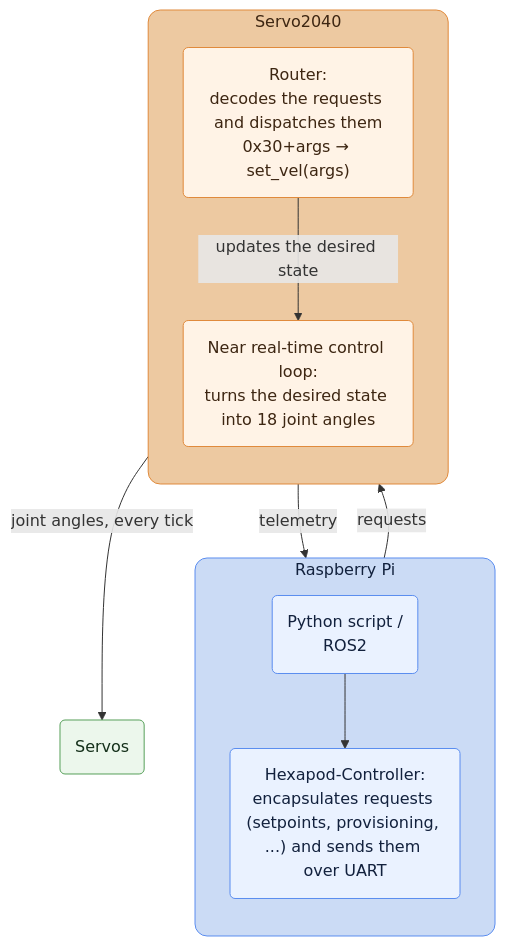
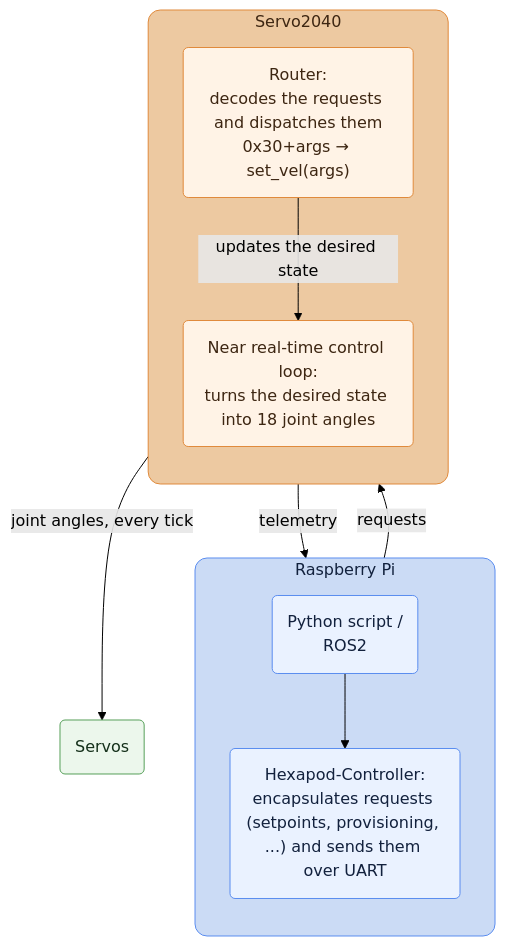
Before and after one commit to ggldnl/Hexapod: the diagram in README.md, drawn with Mermaid.

````diff
--- a/README.md
+++ b/README.md
@@ -32,35 +32,37 @@
 ```mermaid
 flowchart TB
 
     subgraph PI["Raspberry Pi"]
         direction TB
         APP("Python script /<br/>ROS2")
         CLIENT("Hexapod-Controller:<br/>encapsulates requests (setpoints, provisioning, ...) and sends them over UART")
         APP --> CLIENT
     end
 
     subgraph MCU["Servo2040"]
         direction TB
         ROUTER("Router:<br/>decodes the requests and dispatches them<br/>0x30+args → set_vel(args)")
         LOOP("Near real-time control loop:<br/>turns the desired state into 18 joint angles")
         ROUTER -- "updates the desired state" --> LOOP
     end
 
     SERVOS("Servos")
 
     CLIENT -->|"requests"| ROUTER
     ROUTER -->|"telemetry"| CLIENT
     LOOP -->|"joint angles, every tick"| SERVOS
 
     classDef pi rx:12,ry:12,fill:#cbdbf5,stroke:#5b8def,color:#12213d
     classDef mcu rx:12,ry:12,fill:#edc9a1,stroke:#e08a3c,color:#3d2612
     classDef host fill:#eaf2ff,stroke:#5b8def,color:#12213d
     classDef board fill:#fff3e6,stroke:#e08a3c,color:#3d2612
     classDef act fill:#ecf7ec,stroke:#57a05a,color:#14301a
 
     class PI pi
     class MCU mcu
     class APP,CLIENT host
     class ROUTER,LOOP board
     class SERVOS act
+
+    linkStyle default stroke:#000000,color:#000000
 ```
````
